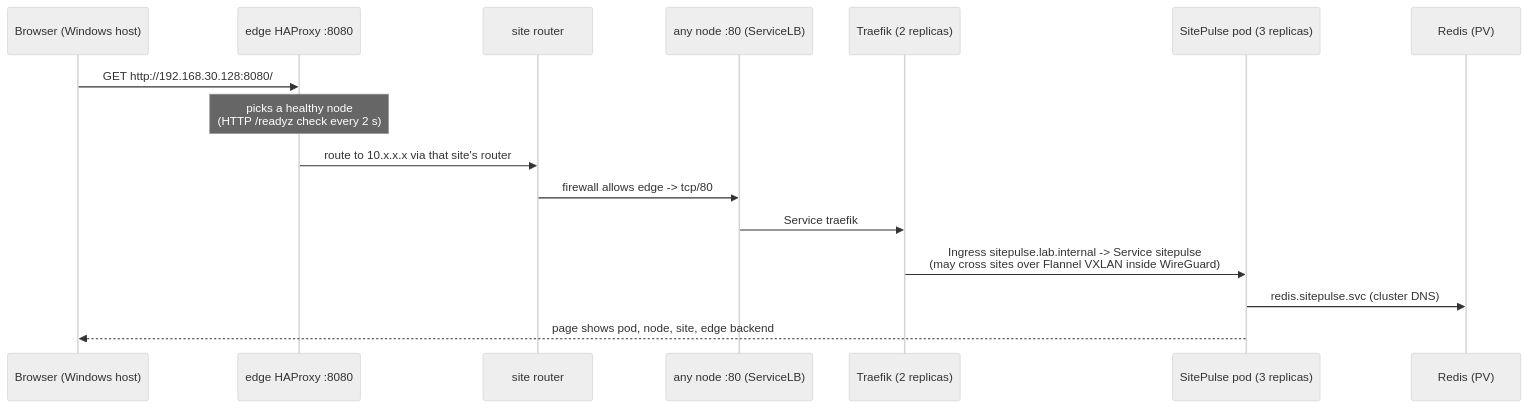
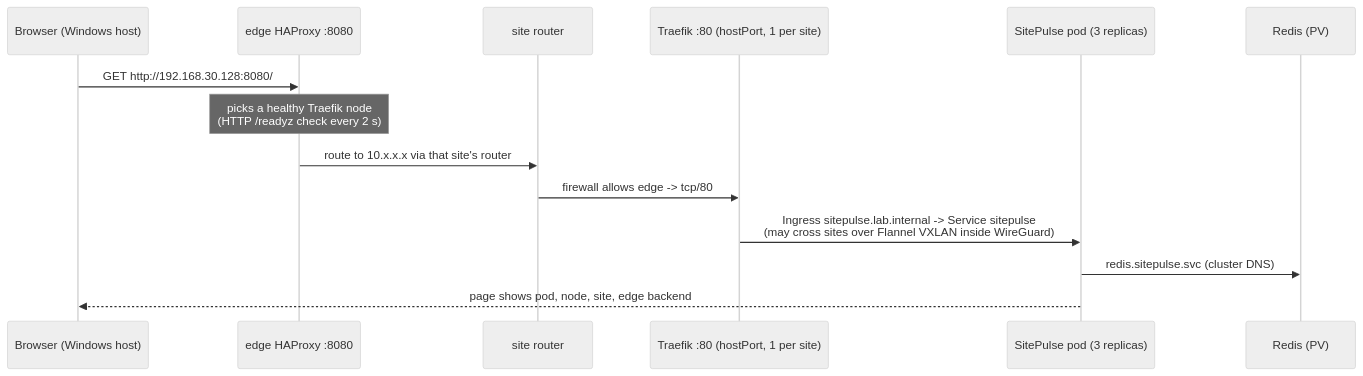
Before and after one commit to saad-h-hashmi/multi-site-ha-platform: the second of 2 diagrams in docs/ARCHITECTURE.md, drawn with Mermaid (neutral theme). The commit also changed other lines of this file and 31 other files, not shown here.

````diff
--- a/docs/ARCHITECTURE.md
+++ b/docs/ARCHITECTURE.md
@@ -51,18 +51,16 @@
 ```mermaid
 sequenceDiagram
   participant U as Browser (Windows host)
   participant E as edge HAProxy :8080
   participant R as site router
-  participant N as any node :80 (ServiceLB)
-  participant T as Traefik (2 replicas)
+  participant T as Traefik :80 (hostPort, 1 per site)
   participant P as SitePulse pod (3 replicas)
   participant D as Redis (PV)
   U->>E: GET http://192.168.30.128:8080/
-  Note over E: picks a healthy node<br/>(HTTP /readyz check every 2 s)
+  Note over E: picks a healthy Traefik node<br/>(HTTP /readyz check every 2 s)
   E->>R: route to 10.x.x.x via that site's router
-  R->>N: firewall allows edge -> tcp/80
-  N->>T: Service traefik
+  R->>T: firewall allows edge -> tcp/80
   T->>P: Ingress sitepulse.lab.internal -> Service sitepulse<br/>(may cross sites over Flannel VXLAN inside WireGuard)
   P->>D: redis.sitepulse.svc (cluster DNS)
   P-->>U: page shows pod, node, site, edge backend
 ```
````
